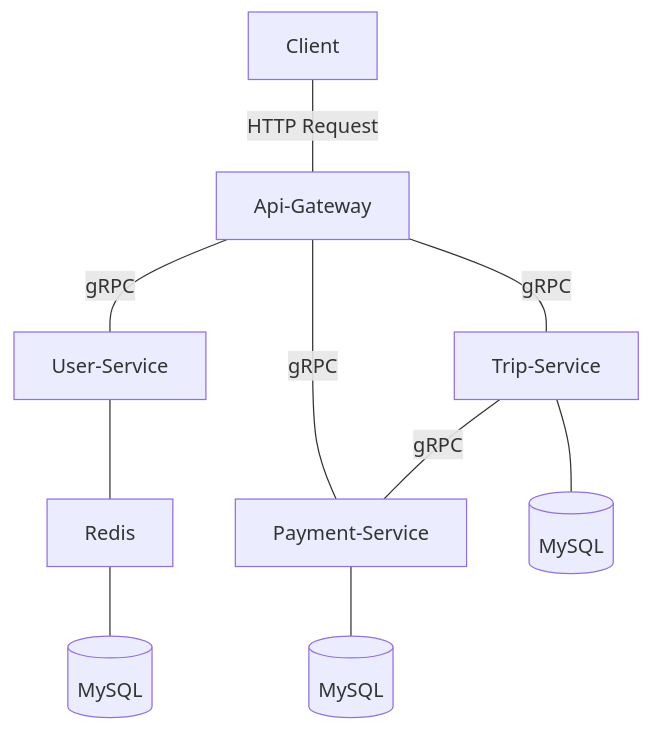
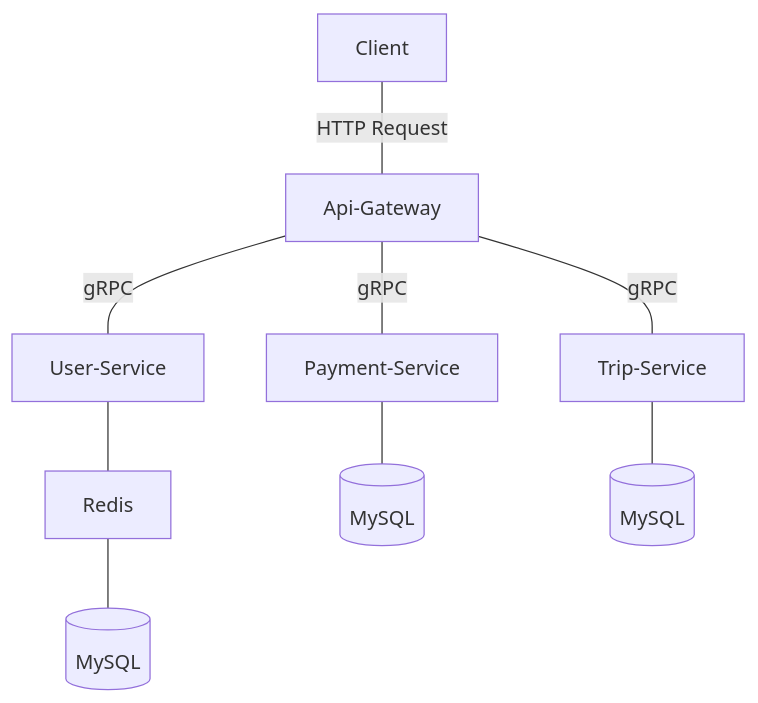
One commit to haiyen11231/eco-taxi-api-gateway changed the diagram in README.md. Above: the diagram before and after it, drawn with Mermaid. The commit also changed other lines of this file and 7 other files, not shown here.

Commit message:
♻️ refactor: refacor trip_service handle

````diff
--- a/README.md
+++ b/README.md
@@ -68,17 +68,15 @@
 ```mermaid
 graph TD
     Client---|HTTP Request|Api-Gateway
     Api-Gateway---|gRPC|User-Service
     Api-Gateway---|gRPC|Trip-Service
     Api-Gateway---|gRPC|Payment-Service
 
     User-Service---Redis
     Redis---User-MySQL[(MySQL)]
 
     Payment-Service---Payment-MySQL[(MySQL)]
 
     Trip-Service---Trip-MySQL[(MySQL)]
 
-    Trip-Service---|gRPC|Payment-Service
-
 ```
````
